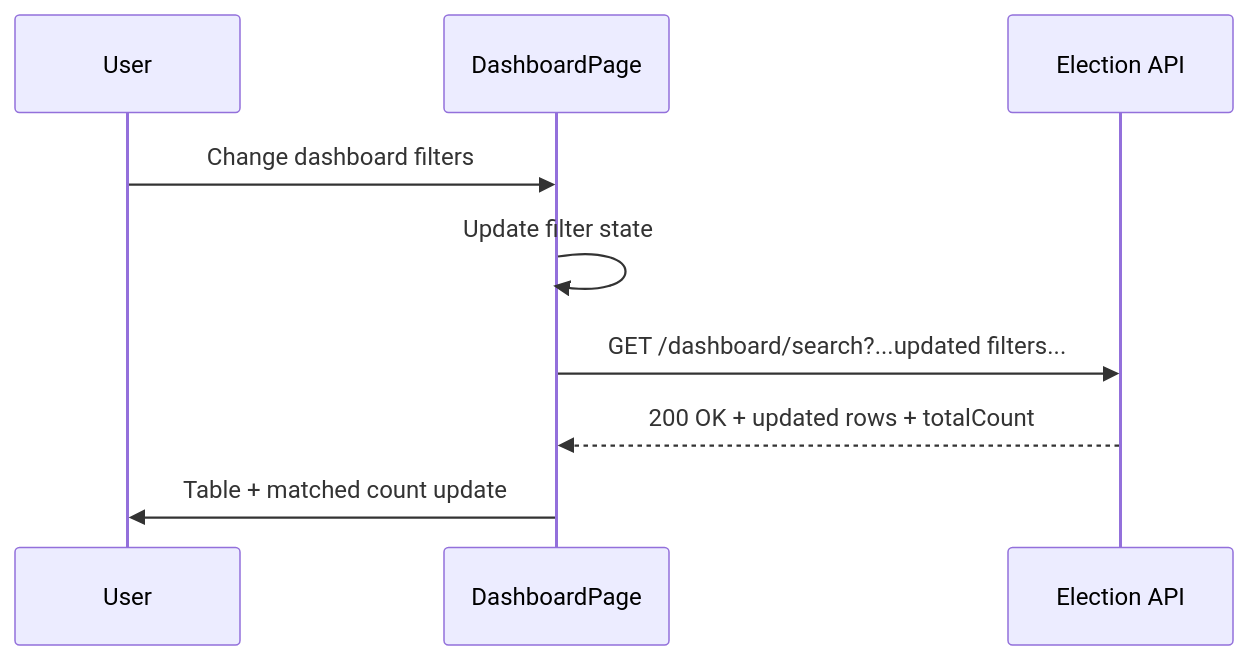
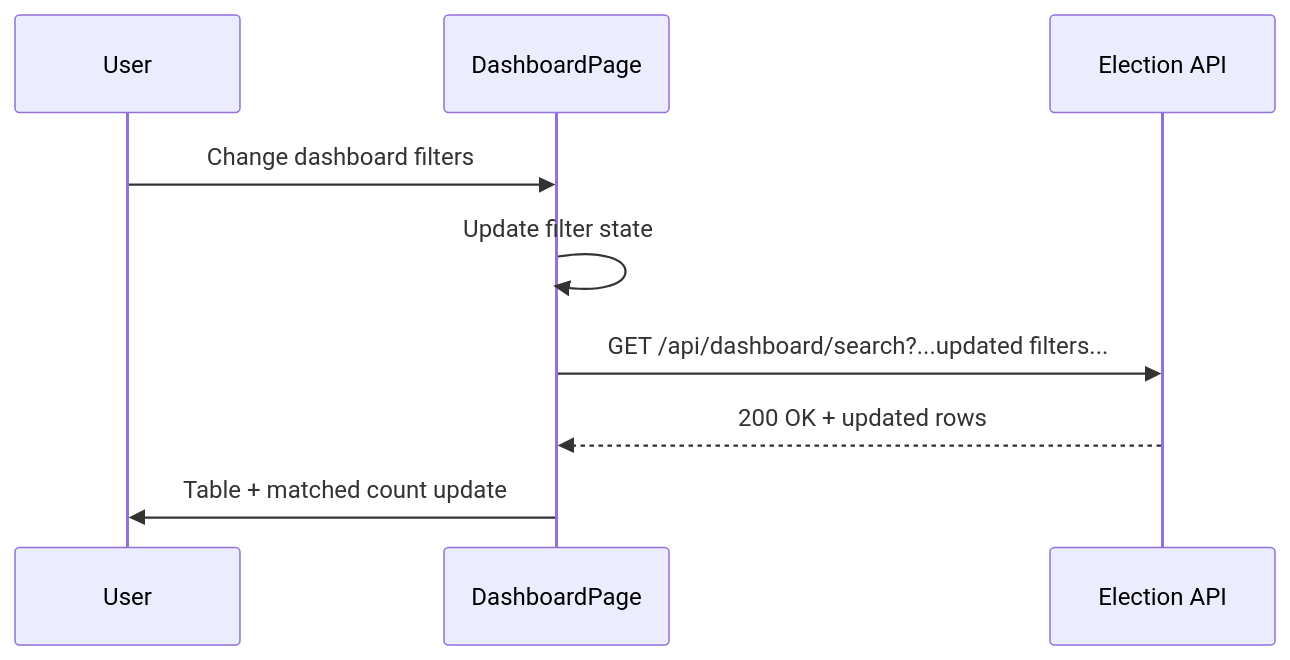
Before and after one commit to shannenlolol/SG_Election_App_SL: the ninth of 12 diagrams in docs/Software Design Description.md, drawn with Mermaid. The commit also changed other lines of this file and 3 other files, not shown here.

````diff
--- a/docs/Software Design Description.md
+++ b/docs/Software Design Description.md
@@ -322,12 +233,12 @@
 ```mermaid
 sequenceDiagram
     participant User
     participant DashboardPage
     participant ElectionAPI as Election API
 
     User->>DashboardPage: Change dashboard filters
     DashboardPage->>DashboardPage: Update filter state
-    DashboardPage->>ElectionAPI: GET /dashboard/search?...updated filters...
-    ElectionAPI-->>DashboardPage: 200 OK + updated rows + totalCount
+    DashboardPage->>ElectionAPI: GET /api/dashboard/search?...updated filters...
+    ElectionAPI-->>DashboardPage: 200 OK + updated rows
     DashboardPage->>User: Table + matched count update
 ```
````
